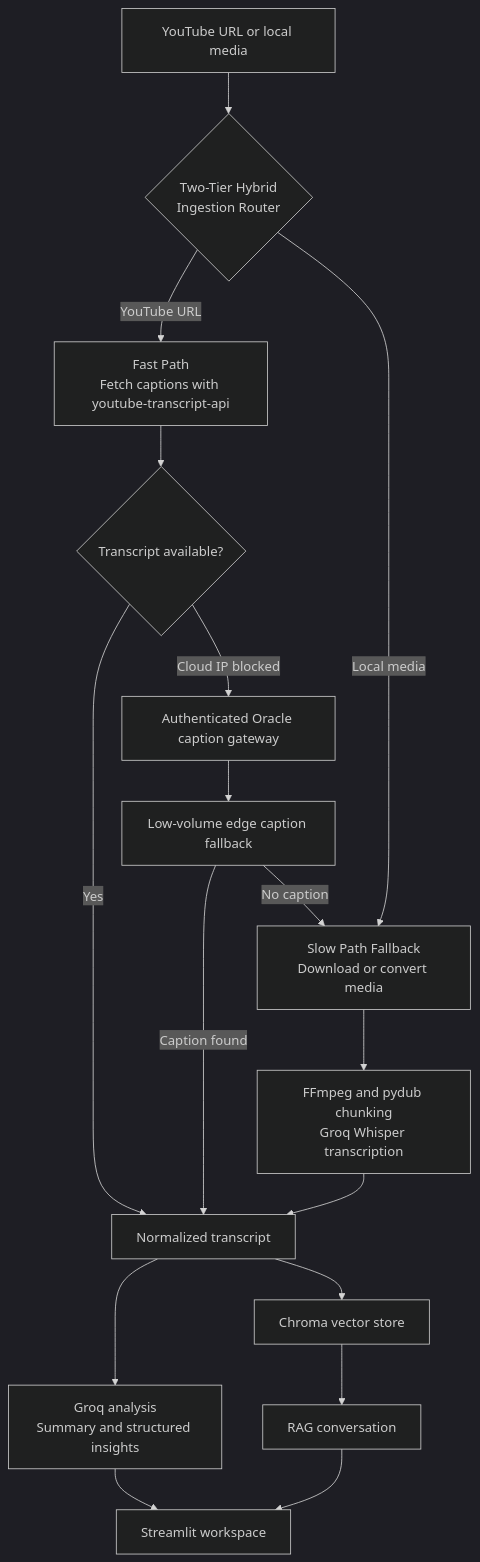
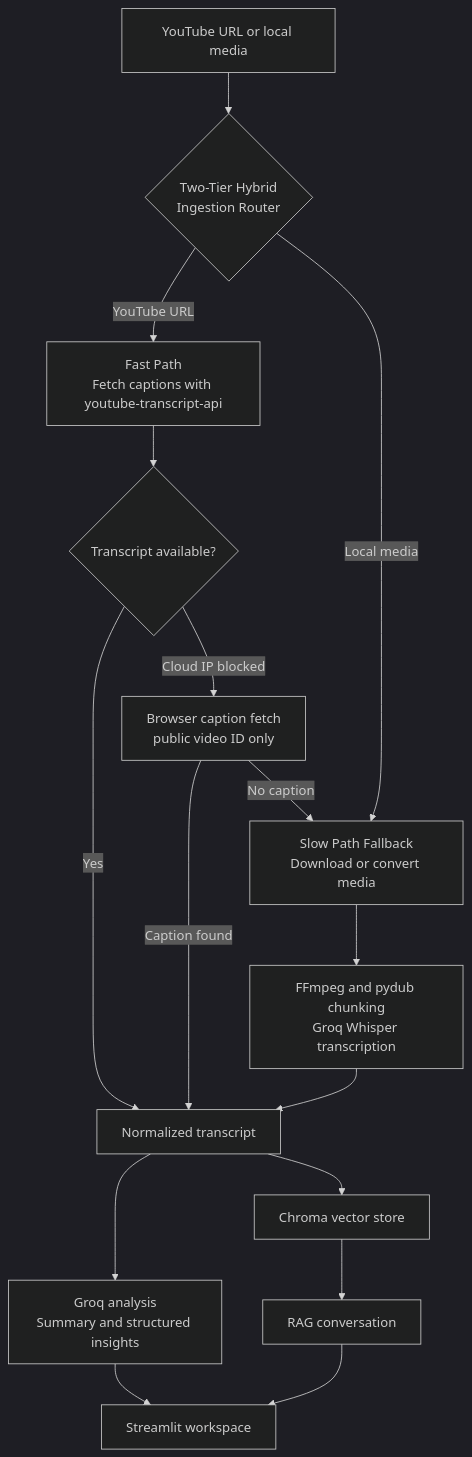
One commit to veerpast/videosage-rag-assistant changed the second of 2 diagrams in README.md. Above: the diagram before and after it, drawn with Mermaid (dark theme). The commit also changed other lines of this file and 13 other files, not shown here.

Commit message:
Restore resilient browser-assisted video ingestion

````diff
--- a/README.md
+++ b/README.md
@@ -67,22 +69,21 @@
 ```mermaid
 flowchart TD
     A[YouTube URL or local media] --> B{Two-Tier Hybrid<br/>Ingestion Router}
 
     B -->|YouTube URL| C[Fast Path<br/>Fetch captions with youtube-transcript-api]
     C --> D{Transcript available?}
     D -->|Yes| G[Normalized transcript]
-    D -->|Cloud IP blocked| C2[Authenticated Oracle caption gateway]
-    C2 --> C3[Low-volume edge caption fallback]
-    C3 -->|Caption found| G
-    C3 -->|No caption| E
+    D -->|Cloud IP blocked| C2[Browser caption fetch<br/>public video ID only]
+    C2 -->|Caption found| G
+    C2 -->|No caption| E
 
     B -->|Local media| E[Slow Path Fallback<br/>Download or convert media]
     E --> F[FFmpeg and pydub chunking<br/>Groq Whisper transcription]
     F --> G
 
     G --> H[Groq analysis<br/>Summary and structured insights]
     G --> I[Chroma vector store]
     I --> J[RAG conversation]
     H --> K[Streamlit workspace]
     J --> K
 ```
````
